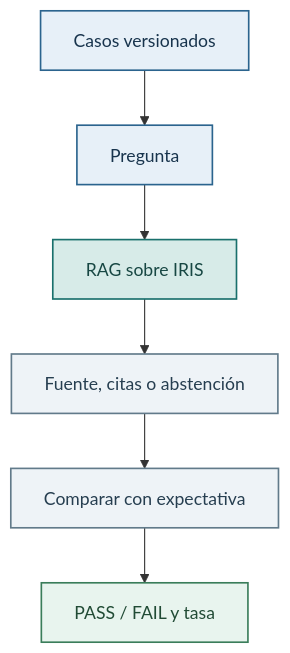
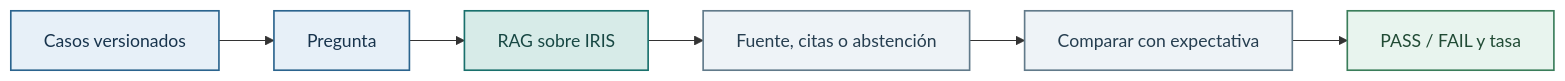
Before and after one commit to intersystems-ib/curso-ia-asistentes-iris: the diagram in labs/03-python-rag-evaluable/README.md, drawn with Mermaid. The commit also changed 7 other files, not shown here.

Commit message:
docs: layout diagramas mermaid

````diff
--- a/labs/03-python-rag-evaluable/README.md
+++ b/labs/03-python-rag-evaluable/README.md
@@ -34,16 +34,16 @@
 ```mermaid
-flowchart TD
+flowchart LR
     Cases[Casos versionados] --> Question[Pregunta]
     Question --> RAG[RAG sobre IRIS]
     RAG --> Evidence[Fuente, citas o abstención]
     Evidence --> Compare[Comparar con expectativa]
     Compare --> Result[PASS / FAIL y tasa]
     classDef input fill:#E7F0F8,stroke:#2B648E,color:#18344D,stroke-width:1.5px;
     classDef process fill:#EEF3F7,stroke:#617A8A,color:#263E50,stroke-width:1.5px;
     classDef iris fill:#D7EBE8,stroke:#19706C,color:#174743,stroke-width:1.5px;
     classDef outcome fill:#E8F4EE,stroke:#3A7D5A,color:#214B35,stroke-width:1.5px;
     class Cases,Question input;
     class Evidence,Compare process;
     class RAG iris;
     class Result outcome;
 ```
````
